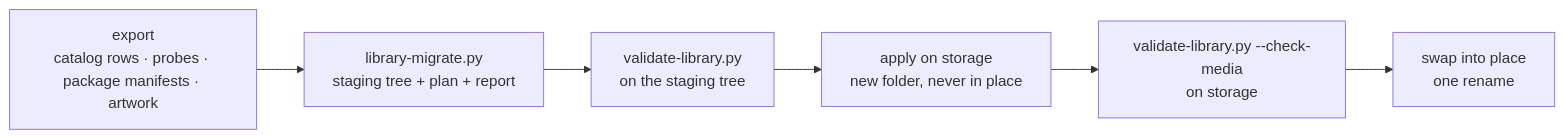
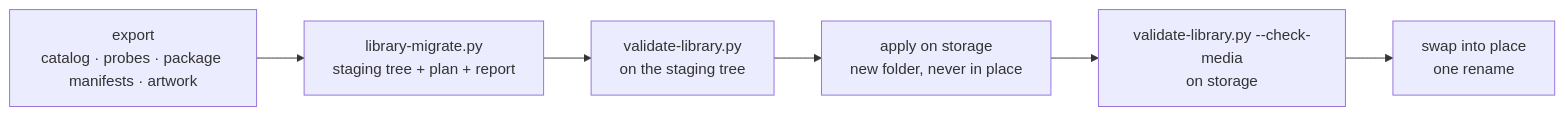
The diagram in docs/library/migrating.md (zaentrum/zaentrum), drawn with Mermaid before and after one commit. The commit also changed other lines of this file and 4 other files, not shown here.

````diff
--- a/docs/library/migrating.md
+++ b/docs/library/migrating.md
@@ -20,8 +22,8 @@
 ```mermaid
 flowchart LR
-  X["export<br/>catalog rows · probes · package manifests · artwork"] --> G["library-migrate.py<br/>staging tree + plan + report"]
+  X["export<br/>catalog · probes · package manifests · artwork"] --> G["library-migrate.py<br/>staging tree + plan + report"]
   G --> C["validate-library.py<br/>on the staging tree"]
   C --> A["apply on storage<br/>new folder, never in place"]
   A --> V["validate-library.py --check-media<br/>on storage"]
   V --> S["swap into place<br/>one rename"]
 ```
````
